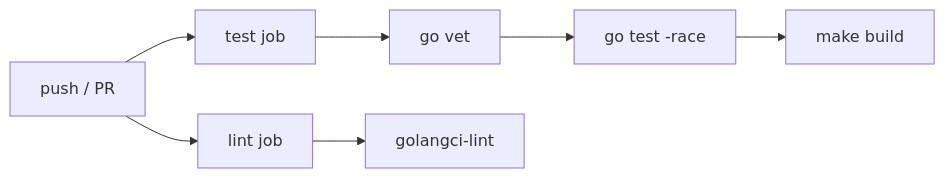
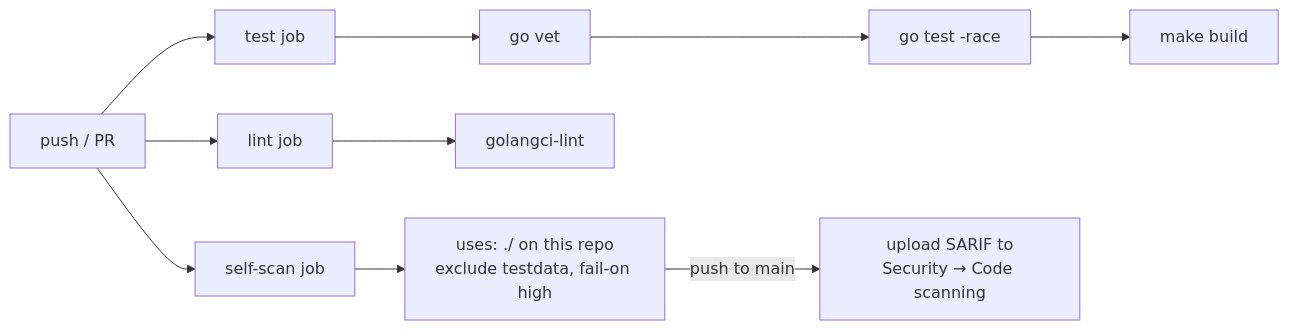
The second of 4 diagrams in docs/workflow.md (0x48core/vulnhound), drawn with Mermaid before and after one commit. The commit also changed other lines of this file and 24 other files, not shown here.

````diff
--- a/docs/workflow.md
+++ b/docs/workflow.md
@@ -196,7 +201,10 @@
 ```mermaid
 flowchart LR
     P[push / PR] --> T[test job]
     P --> L[lint job]
+    P --> SS[self-scan job]
     T --> T1[go vet] --> T2[go test -race] --> T3[make build]
     L --> L1[golangci-lint]
+    SS --> SS1[uses: ./ on this repo<br/>exclude testdata, fail-on high]
+    SS1 -- push to main --> SS2[upload SARIF to<br/>Security → Code scanning]
 ```
````
